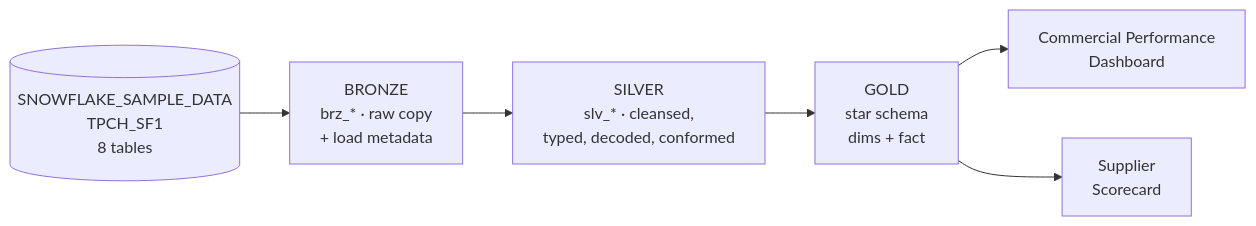
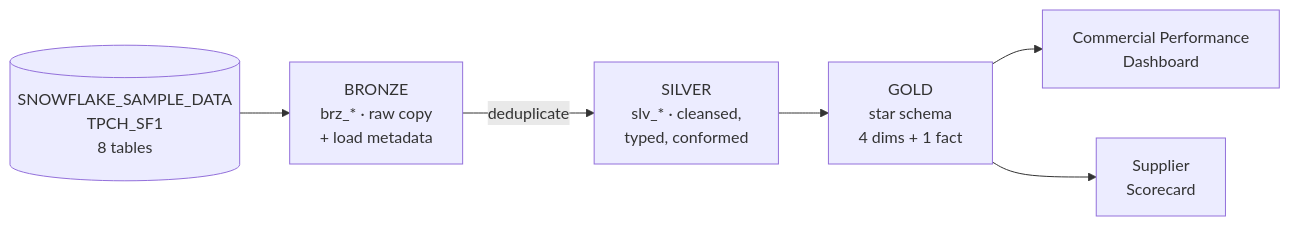
The first of 2 diagrams in README.md (william-nascimento-garcia/propelling-datachallenge), drawn with Mermaid before and after one commit. The commit also changed other lines of this file and 4 other files, not shown here.

````diff
--- a/README.md
+++ b/README.md
@@ -7,8 +9,8 @@
 ```mermaid
 flowchart LR
     S[(SNOWFLAKE_SAMPLE_DATA<br/>TPCH_SF1<br/>8 tables)] --> B[BRONZE<br/>brz_* · raw copy<br/>+ load metadata]
-    B --> SV[SILVER<br/>slv_* · cleansed,<br/>typed, decoded, conformed]
-    SV --> G[GOLD<br/>star schema<br/>dims + fact]
+    B -->|deduplicate| SV[SILVER<br/>slv_* · cleansed,<br/>typed, conformed]
+    SV --> G[GOLD<br/>star schema<br/>4 dims + 1 fact]
     G --> E1[Commercial Performance<br/>Dashboard]
     G --> E2[Supplier<br/>Scorecard]
 ```
````
